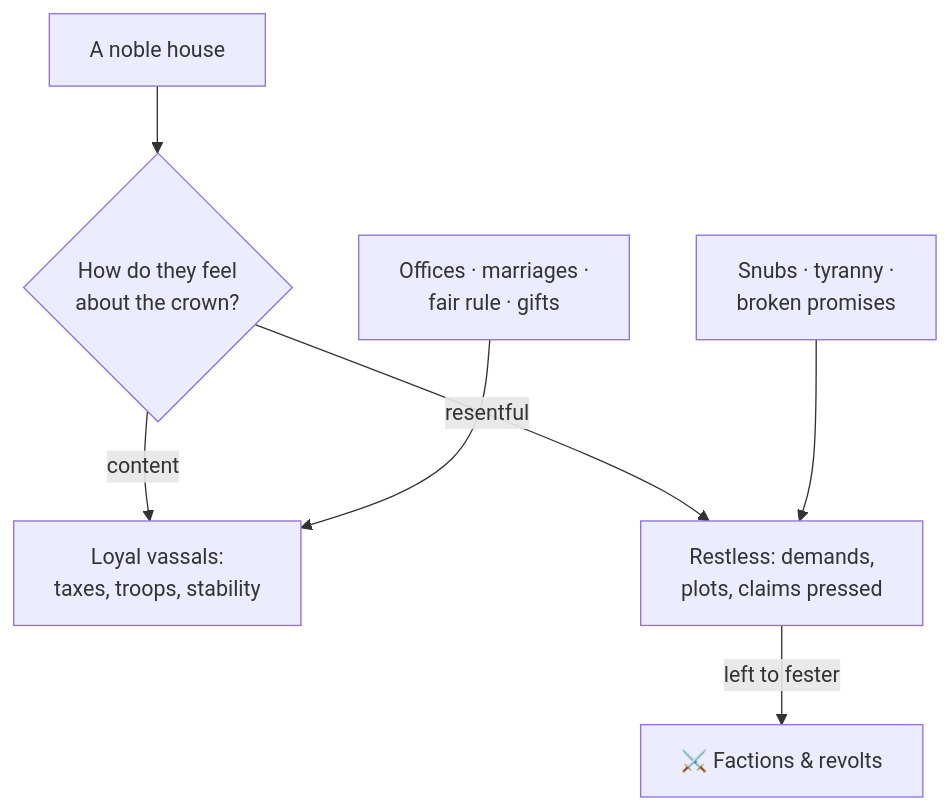
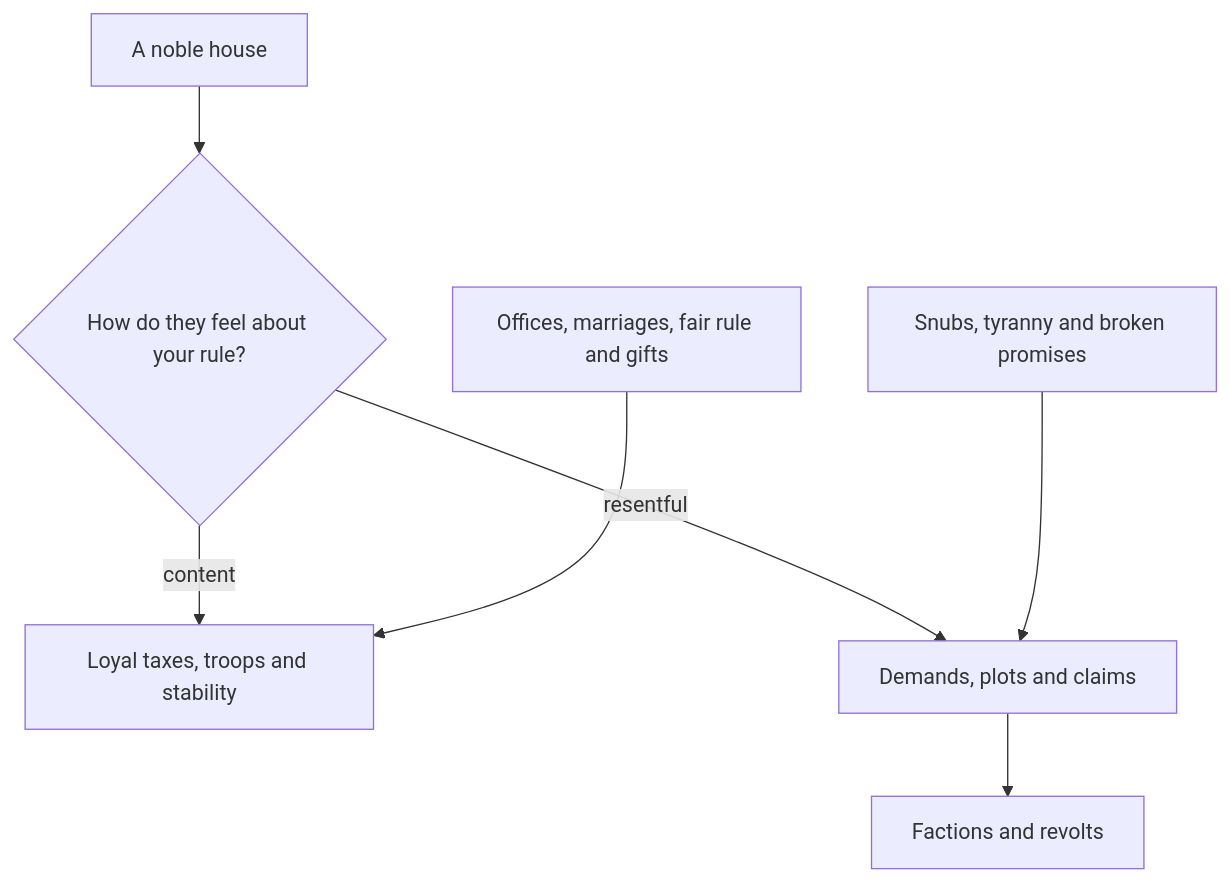
One commit to kroryan/Quartz-HispaniaBeta changed the diagram in content/court/Noble Houses and Vassals.md. Above: the diagram before and after it, drawn with Mermaid. The commit also changed other lines of this file and 35 other files, not shown here.

````diff
--- a/content/court/Noble Houses and Vassals.md
+++ b/content/court/Noble Houses and Vassals.md
@@ -26,9 +27,9 @@
 ```mermaid
 flowchart TD
-    A[A noble house] --> B{How do they feel<br/>about the crown?}
-    B -->|content| C[Loyal vassals:<br/>taxes, troops, stability]
-    B -->|resentful| D[Restless: demands,<br/>plots, claims pressed]
-    D -->|left to fester| E[⚔️ Factions & revolts]
-    F[Offices · marriages ·<br/>fair rule · gifts] --> C
-    G[Snubs · tyranny ·<br/>broken promises] --> D
+    A[A noble house] --> B{How do they feel about your rule?}
+    B -->|content| C[Loyal taxes, troops and stability]
+    B -->|resentful| D[Demands, plots and claims]
+    D --> E[Factions and revolts]
+    F[Offices, marriages, fair rule and gifts] --> C
+    G[Snubs, tyranny and broken promises] --> D
 ```
````
